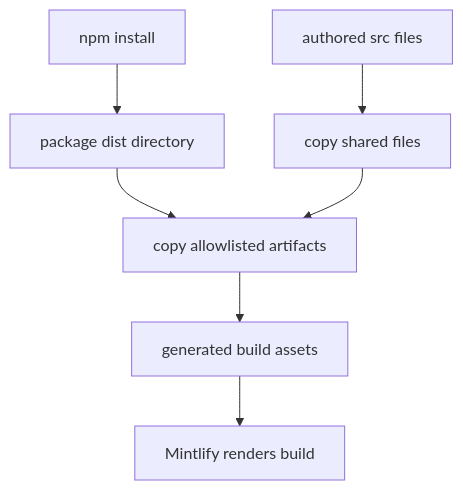
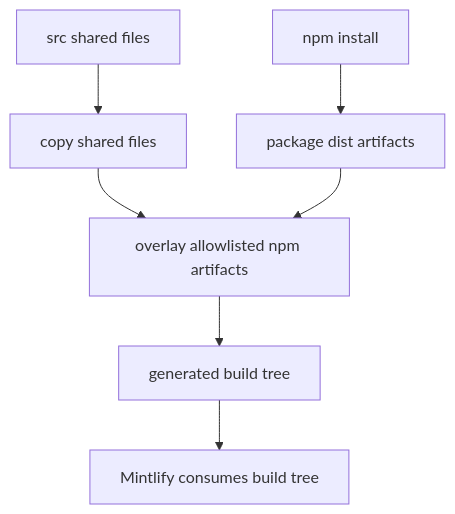
One commit to langchain-ai/docs changed the first of 2 diagrams in openwiki/integrations/npm-snippets.md. Above: the diagram before and after it, drawn with Mermaid. The commit also changed other lines of this file and 37 other files, not shown here.

````diff
--- a/openwiki/integrations/npm-snippets.md
+++ b/openwiki/integrations/npm-snippets.md
@@ -53,9 +85,9 @@
 ```mermaid
 flowchart TD
-    Install["npm install"] --> Package["package dist directory"]
-    Source["authored src files"] --> Shared["copy shared files"]
-    Package --> Overlay["copy allowlisted artifacts"]
-    Shared --> Overlay
-    Overlay --> Output["generated build assets"]
-    Output --> Render["Mintlify renders build"]
+    Install["npm install"] --> Dist["package dist artifacts"]
+    Source["src shared files"] --> Shared["copy shared files"]
+    Shared --> Overlay["overlay allowlisted npm artifacts"]
+    Dist --> Overlay
+    Overlay --> Build["generated build tree"]
+    Build --> Mintlify["Mintlify consumes build tree"]
 ```
````
